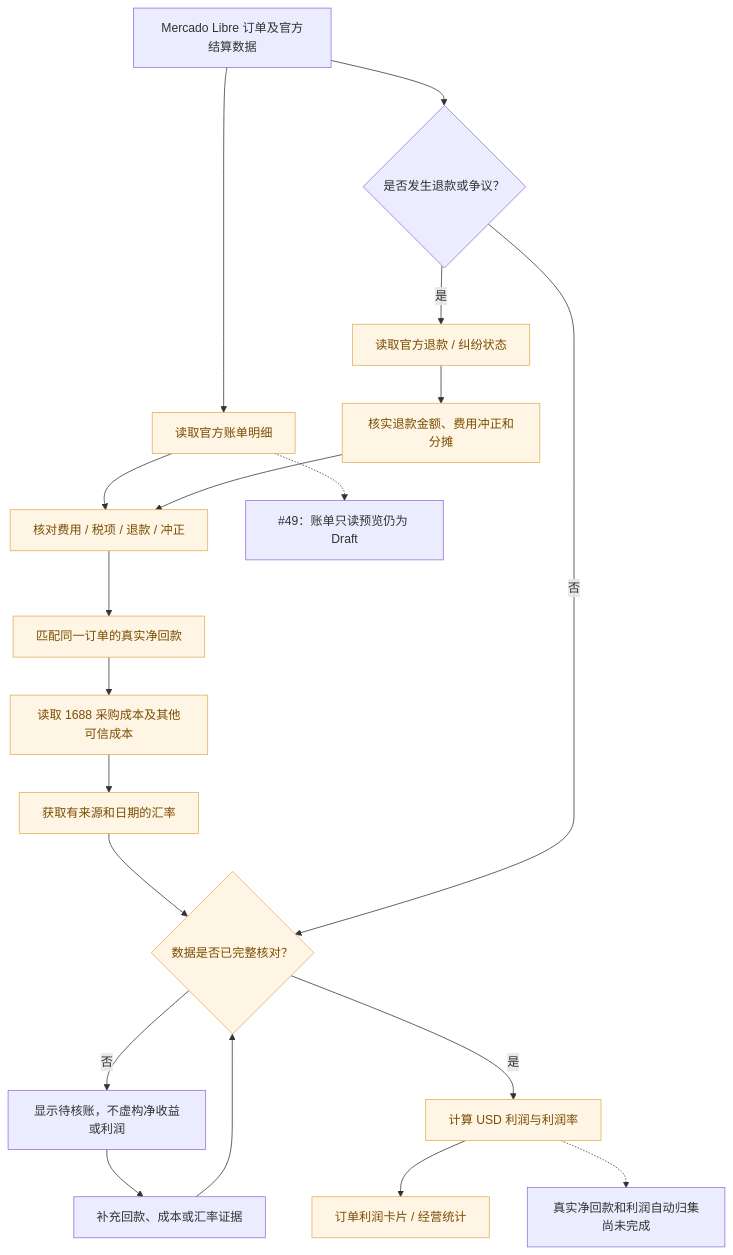
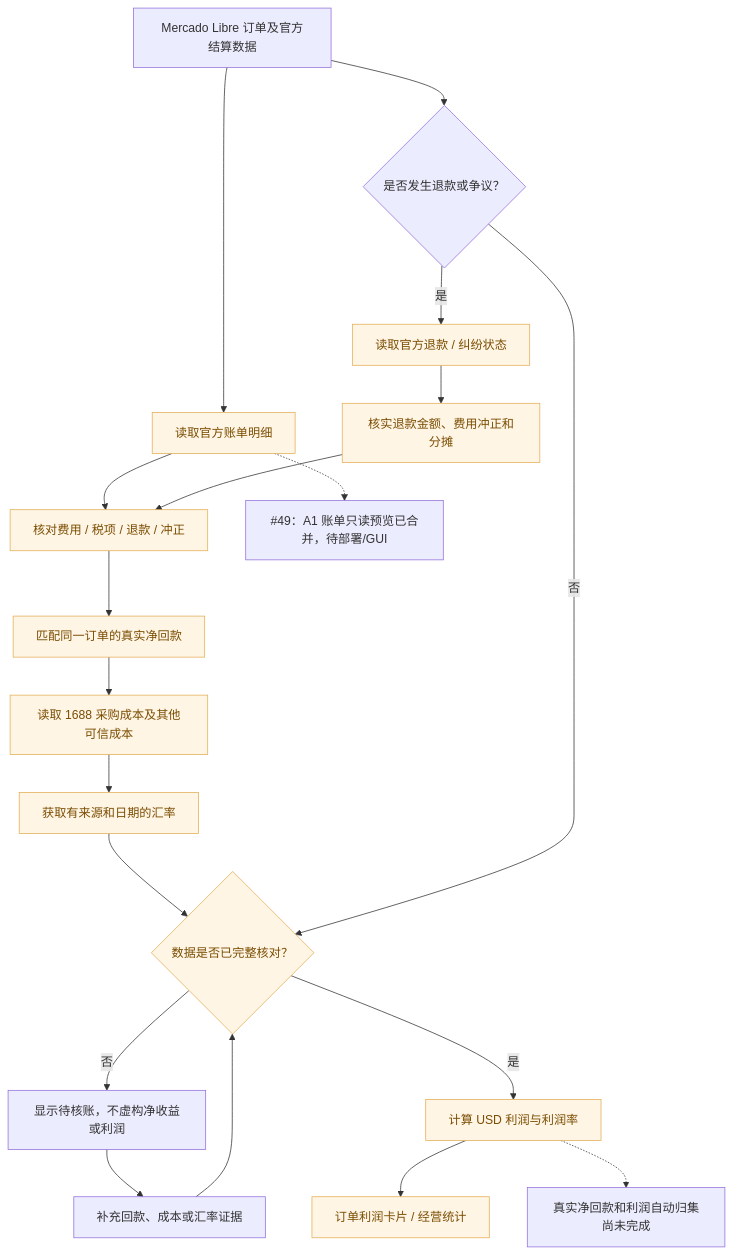
The eighth of 9 diagrams in docs/product/FEATURE-STATUS.md (Fan6512/una-seller), drawn with Mermaid before and after one commit. The commit also changed other lines of this file, not shown here.

```diff
--- a/docs/product/FEATURE-STATUS.md
+++ b/docs/product/FEATURE-STATUS.md
@@ -354,26 +355,26 @@
 ~~~mermaid
 flowchart TD
     A["Mercado Libre 订单及官方结算数据"] --> B["读取官方账单明细"]
     B --> C["核对费用 / 税项 / 退款 / 冲正"]
     C --> D["匹配同一订单的真实净回款"]
     D --> E["读取 1688 采购成本及其他可信成本"]
     E --> F["获取有来源和日期的汇率"]
     F --> G{"数据是否已完整核对？"}
     G -->|否| H["显示待核账，不虚构净收益或利润"]
     H --> I["补充回款、成本或汇率证据"]
     I --> G
     G -->|是| J["计算 USD 利润与利润率"]
     J --> K["订单利润卡片 / 经营统计"]
 
     A --> L{"是否发生退款或争议？"}
     L -->|是| M["读取官方退款 / 纠纷状态"]
     M --> N["核实退款金额、费用冲正和分摊"]
     N --> C
     L -->|否| G
 
-    B -.-> O["#49：账单只读预览仍为 Draft"]
+    B -.-> O["#49：A1 账单只读预览已合并，待部署/GUI"]
     J -.-> P["真实净回款和利润自动归集尚未完成"]
 
     classDef verify fill:#fff5e5,color:#7a4d00,stroke:#e3ae56
     class B,C,D,E,F,G,J,K,M,N verify
 ~~~
```
